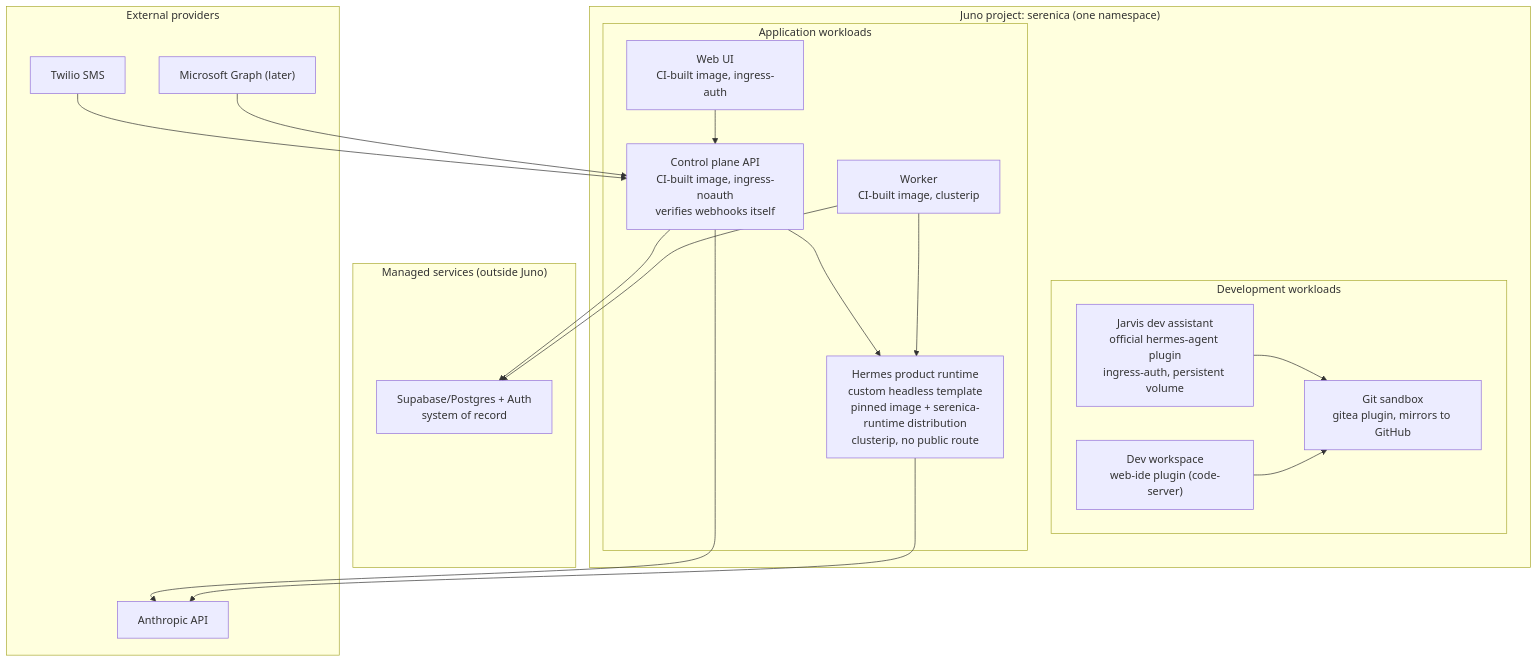
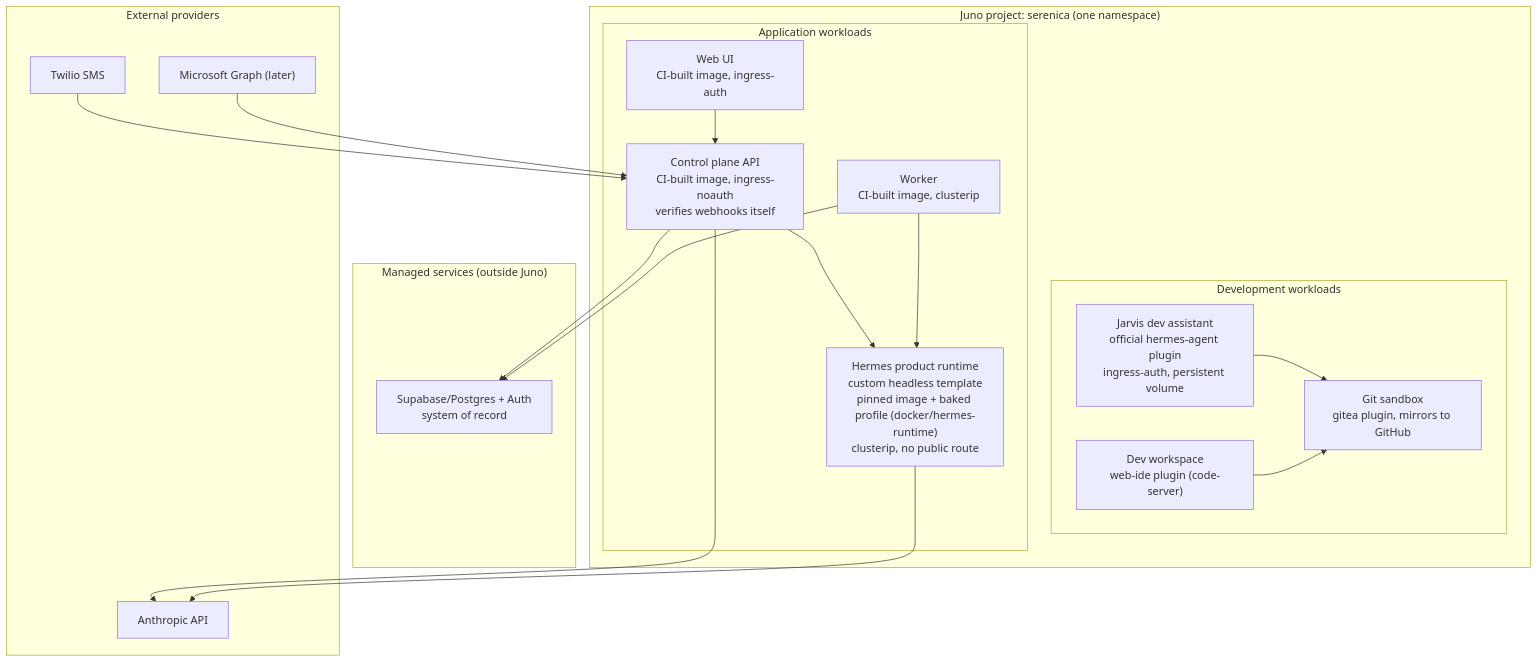
One commit to Serenica-Digital/Cormac changed the diagram in docs/prd/juno-platform-pilot.md. Above: the diagram before and after it, drawn with Mermaid. The commit also changed other lines of this file, not shown here.

````diff
--- a/docs/prd/juno-platform-pilot.md
+++ b/docs/prd/juno-platform-pilot.md
@@ -42,38 +54,38 @@
 ```mermaid
 flowchart TB
   subgraph project["Juno project: serenica (one namespace)"]
     subgraph devw["Development workloads"]
       ide["Dev workspace\nweb-ide plugin (code-server)"]
       gitea["Git sandbox\ngitea plugin, mirrors to GitHub"]
       jarvis["Jarvis dev assistant\nofficial hermes-agent plugin\ningress-auth, persistent volume"]
     end
     subgraph appw["Application workloads"]
       web["Web UI\nCI-built image, ingress-auth"]
       api["Control plane API\nCI-built image, ingress-noauth\nverifies webhooks itself"]
       worker["Worker\nCI-built image, clusterip"]
-      hermes["Hermes product runtime\ncustom headless template\npinned image + serenica-runtime distribution\nclusterip, no public route"]
+      hermes["Hermes product runtime\ncustom headless template\npinned image + baked profile (docker/hermes-runtime)\nclusterip, no public route"]
     end
   end
 
   subgraph managed["Managed services (outside Juno)"]
     supa["Supabase/Postgres + Auth\nsystem of record"]
   end
 
   subgraph ext["External providers"]
     twilio["Twilio SMS"]
     models["Anthropic API"]
     msGraph["Microsoft Graph (later)"]
   end
 
   web --> api
   api --> hermes
   api --> supa
   worker --> supa
   worker --> hermes
   twilio --> api
   msGraph --> api
   api --> models
   hermes --> models
   jarvis --> gitea
   ide --> gitea
 ```
````
